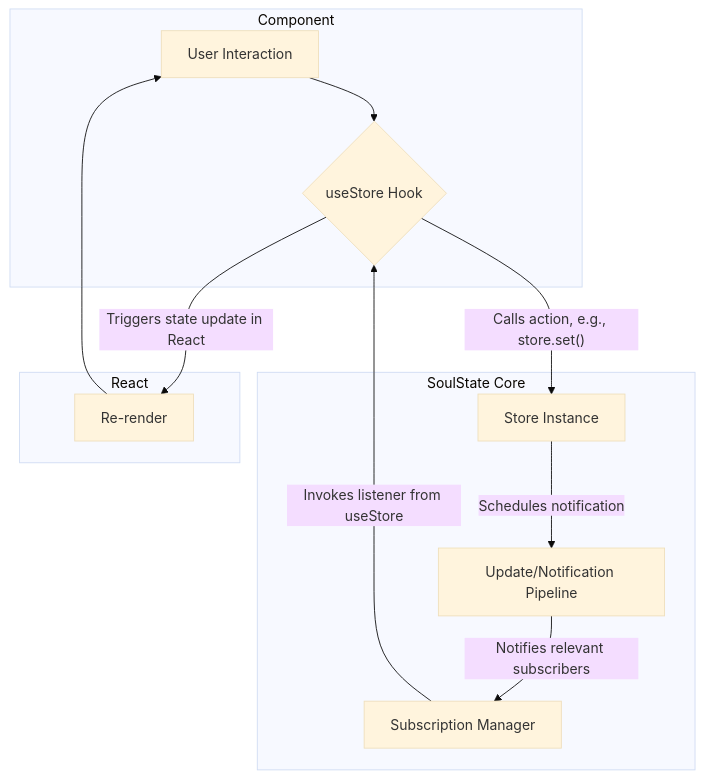
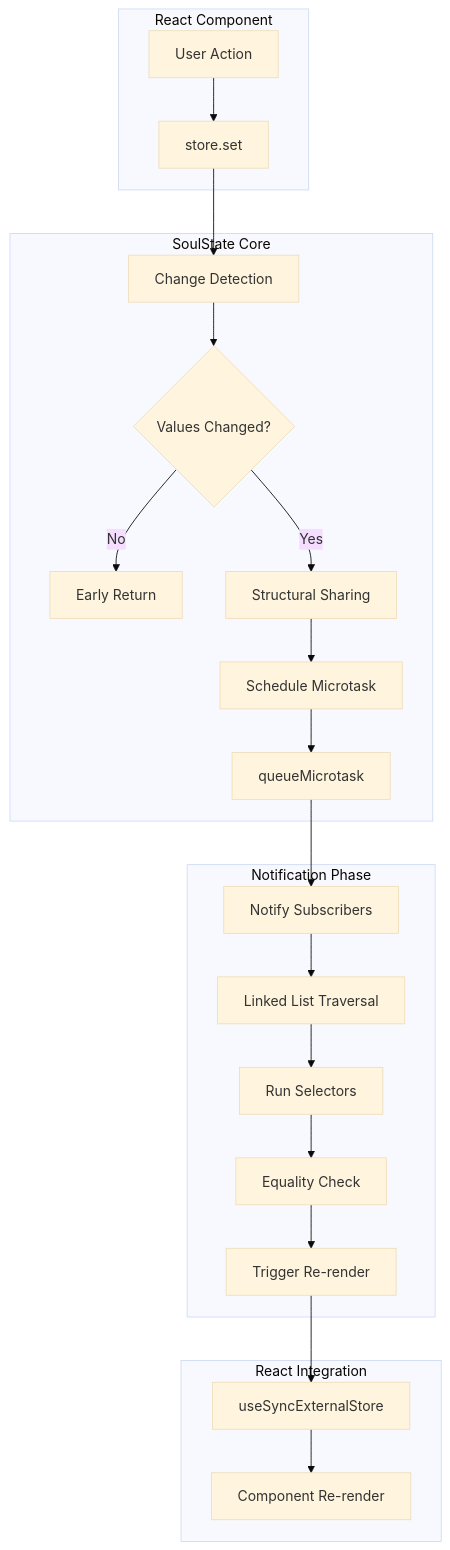
Before and after one commit to kasihagustinusT/soulstate: the diagram in documentation/docs/advanced/architecture.mdx, drawn with Mermaid (base theme). The commit also changed other lines of this file and 24 other files, not shown here.

````diff
--- a/documentation/docs/advanced/architecture.mdx
+++ b/documentation/docs/advanced/architecture.mdx
@@ -25,23 +24,28 @@
 ```mermaid
 graph TD
-    subgraph Component
-        A[User Interaction] --> B{useStore Hook};
-    end
-
-    subgraph SoulState Core
-        C[Store Instance]
-        D[Subscription Manager]
-        E[Update/Notification Pipeline]
+    subgraph React Component
+        A[User Action] --> B[store.set];
     end
     
-    subgraph React
-        F[Re-render]
+    subgraph SoulState Core
+        B --> C[Change Detection];
+        C --> D{Values Changed?};
+        D -->|No| E[Early Return];
+        D -->|Yes| F[Structural Sharing];
+        F --> G[Schedule Microtask];
+        G --> H[queueMicrotask];
     end
-
-    B -- "Calls action, e.g., store.set()" --> C;
-    C -- "Schedules notification" --> E;
-    E -- "Notifies relevant subscribers" --> D;
-    D -- "Invokes listener from useStore" --> B;
-    B -- "Triggers state update in React" --> F;
-    F --> A;
+    
+    subgraph Notification Phase
+        H --> I[Notify Subscribers];
+        I --> J[Linked List Traversal];
+        J --> K[Run Selectors];
+        K --> L[Equality Check];
+        L --> M[Trigger Re-render];
+    end
+    
+    subgraph React Integration
+        M --> N[useSyncExternalStore];
+        N --> O[Component Re-render];
+    end
 ```
````
